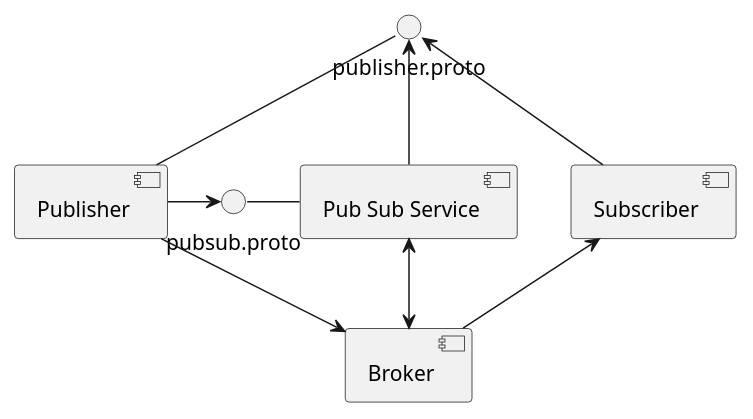
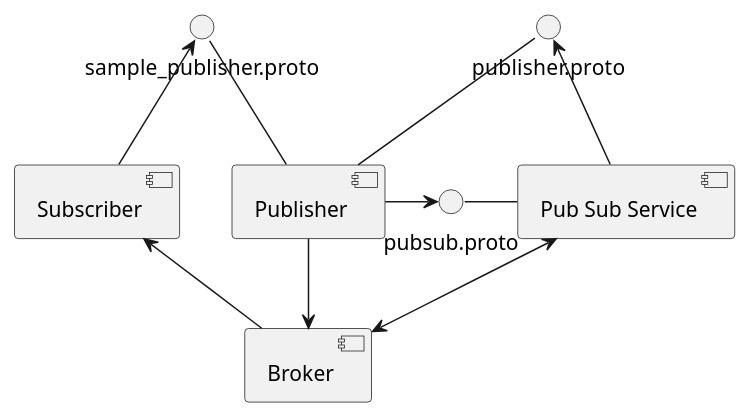
The diagram in docs/diagrams/pubsub_component.puml (eclipse-chariott/Agemo), drawn with PlantUML before and after one commit. The commit also changed 3 other files, not shown here.

Commit message:
Update documentation and diagrams to show new pattern

```diff
--- a/docs/diagrams/pubsub_component.puml
+++ b/docs/diagrams/pubsub_component.puml
@@ -1,20 +1,21 @@
 @startuml pubsub component diagram
 component "Publisher" as pub
 
 pub -up- publisher.proto
+pub -up- sample_publisher.proto
 pub -> pubsub.proto
 
 component "Pub Sub Service" as ps_service
 
 ps_service -left- pubsub.proto
 ps_service -up-> publisher.proto
 
 component "Subscriber" as sub
 
-sub -up-> publisher.proto
+sub -up-> sample_publisher.proto
 
 [pub] -down-> [Broker]
 [ps_service] <-down-> [Broker]
 [sub] <-down- [Broker]
 
 @enduml
```
